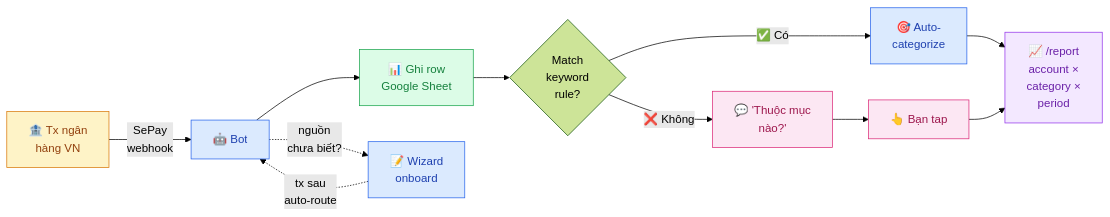
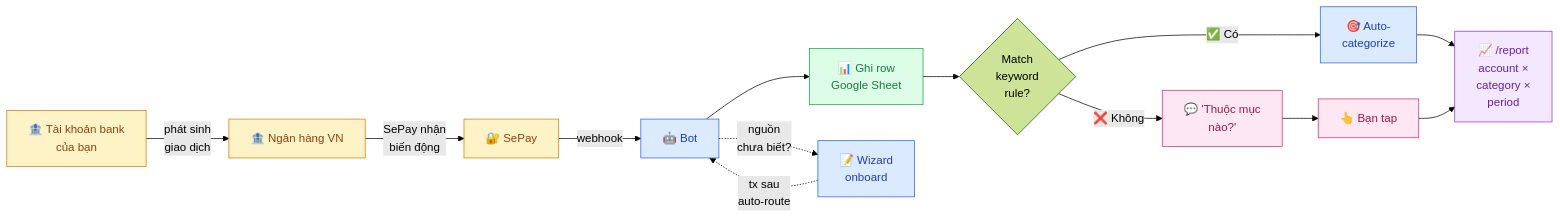
One commit to maingocanh1702/my-money-went-bot changed the diagram in README.vi.md. Above: the diagram before and after it, drawn with Mermaid (forest theme). The commit also changed other lines of this file and 2 other files, not shown here.

Commit message:
docs: clarify bank safety and architecture

````diff
--- a/README.vi.md
+++ b/README.vi.md
@@ -24,25 +32,27 @@
 ```mermaid
 flowchart LR
-    A[🏦 Tx ngân<br/>hàng VN] -->|SePay<br/>webhook| B[🤖 Bot]
-    B --> C[📊 Ghi row<br/>Google Sheet]
-    C --> D{Match<br/>keyword<br/>rule?}
-    D -->|✅ Có| E[🎯 Auto-<br/>categorize]
-    D -->|❌ Không| F[💬 'Thuộc mục<br/>nào?']
-    F --> G[👆 Bạn tap]
-    E --> H[📈 /report<br/>account ×<br/>category ×<br/>period]
-    G --> H
+    A[🏦 Tài khoản bank<br/>của bạn] -->|phát sinh<br/>giao dịch| B[🏦 Ngân hàng VN]
+    B -->|SePay nhận<br/>biến động| C[🔐 SePay]
+    C -->|webhook| D[🤖 Bot]
+    D --> E[📊 Ghi row<br/>Google Sheet]
+    E --> F{Match<br/>keyword<br/>rule?}
+    F -->|✅ Có| G[🎯 Auto-<br/>categorize]
+    F -->|❌ Không| H[💬 'Thuộc mục<br/>nào?']
+    H --> I[👆 Bạn tap]
+    G --> J[📈 /report<br/>account ×<br/>category ×<br/>period]
+    I --> J
 
-    B -. nguồn<br/>chưa biết? .-> I[📝 Wizard<br/>onboard]
-    I -. tx sau<br/>auto-route .-> B
+    D -. nguồn<br/>chưa biết? .-> K[📝 Wizard<br/>onboard]
+    K -. tx sau<br/>auto-route .-> D
 
     classDef bank fill:#fef3c7,stroke:#d97706,color:#92400e
     classDef bot fill:#dbeafe,stroke:#2563eb,color:#1e40af
     classDef store fill:#dcfce7,stroke:#16a34a,color:#15803d
     classDef user fill:#fce7f3,stroke:#db2777,color:#9d174d
     classDef out fill:#f3e8ff,stroke:#9333ea,color:#6b21a8
-    class A bank
-    class B,E,I bot
-    class C store
-    class F,G user
-    class H out
+    class A,B,C bank
+    class D,G,K bot
+    class E store
+    class H,I user
+    class J out
 ```
````
